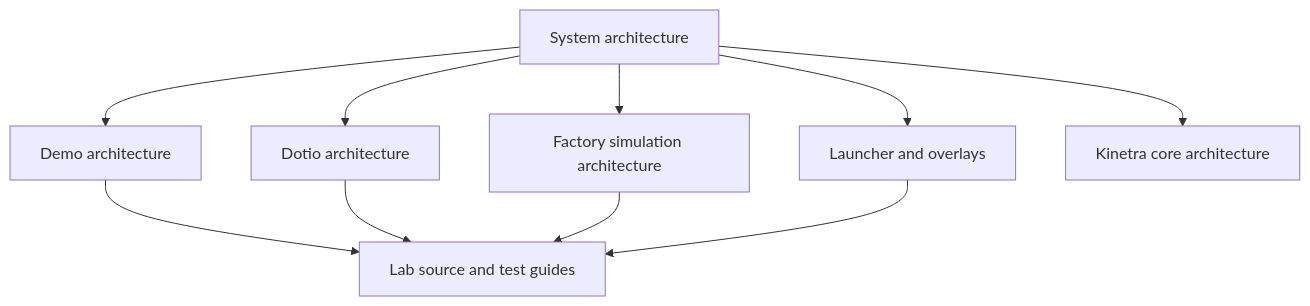
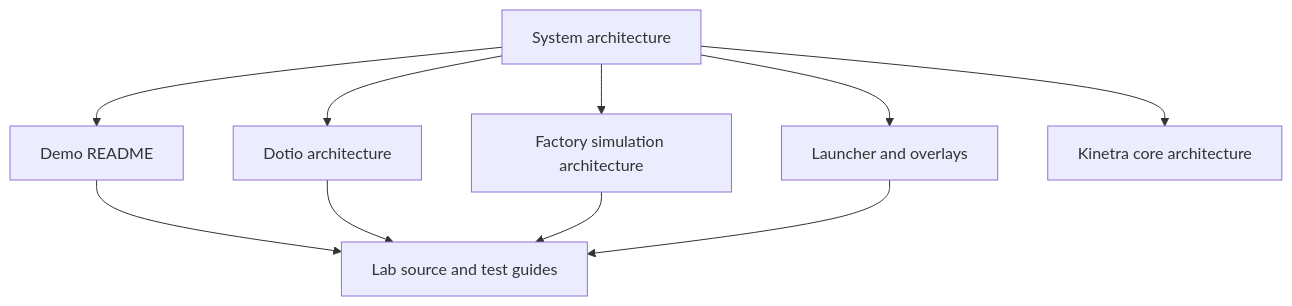
One commit to SMB-M87/Kinetra-Lab changed the diagram in docs/README.md. Above: the diagram before and after it, drawn with Mermaid. The commit also changed other lines of this file and 8 other files, not shown here.

First line of the commit message:
docs(demo): rewrite the module README and absorb the architecture page

````diff
--- a/docs/README.md
+++ b/docs/README.md
@@ -19,12 +19,12 @@
 ```mermaid
 flowchart TD
-    System["System architecture"] --> Demo["Demo architecture"]
+    System["System architecture"] --> Demo["Demo README"]
     System --> Dotio["Dotio architecture"]
     System --> Factory["Factory simulation architecture"]
     System --> Launcher["Launcher and overlays"]
     Demo --> Sources["Lab source and test guides"]
     Dotio --> Sources
     Factory --> Sources
     Launcher --> Sources
     System --> Core["Kinetra core architecture"]
 ```
````
